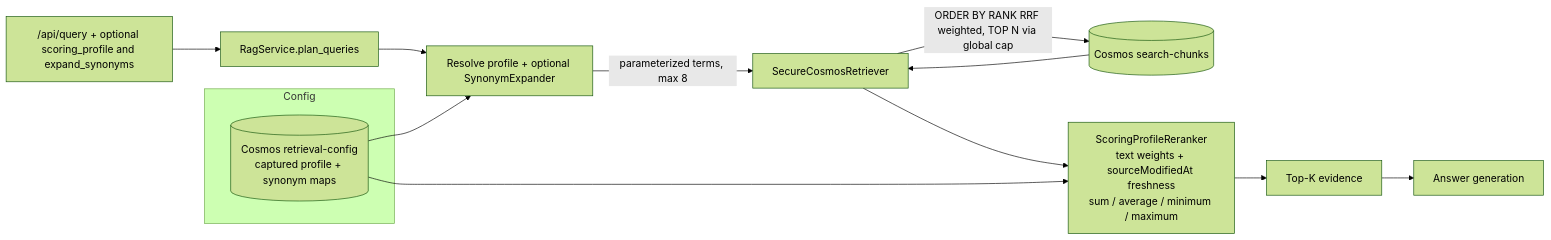
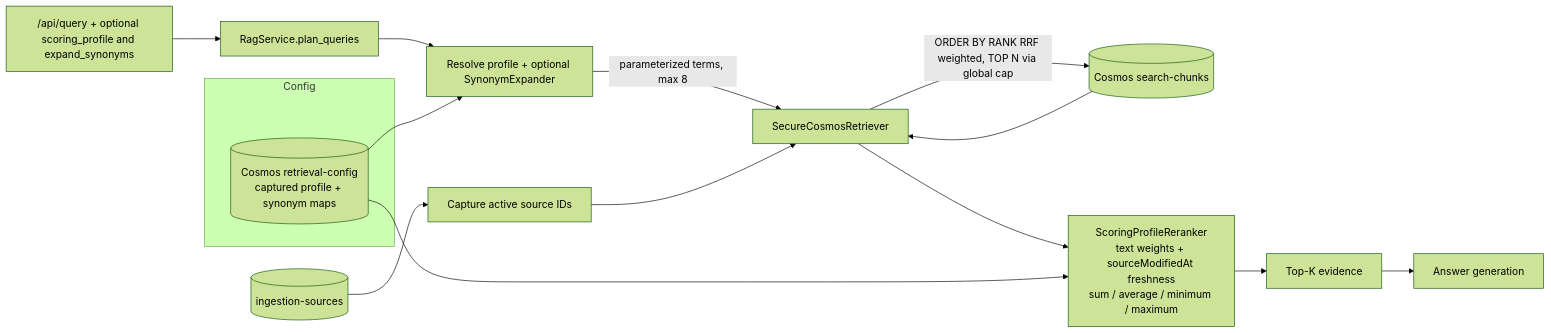
One commit to HariVamsiChittari1/enterprise-rag-pipeline changed diagram 12 of 14 in docs/ARCHITECTURE.md. Above: the diagram before and after it, drawn with Mermaid (forest theme). The commit also changed other lines of this file and 7 other files, not shown here.

````diff
--- a/docs/ARCHITECTURE.md
+++ b/docs/ARCHITECTURE.md
@@ -628,16 +755,18 @@
 ```mermaid
 flowchart LR
     Q["/api/query + optional scoring_profile and expand_synonyms"] --> RS[RagService.plan_queries]
+    SP[(ingestion-sources)] --> ELIG[Capture active source IDs]
     RS --> SYN[Resolve profile + optional SynonymExpander]
     SYN -->|parameterized terms, max 8| RET[SecureCosmosRetriever]
+    ELIG --> RET
     RET -->|"ORDER BY RANK RRF weighted, TOP N via global cap"| COS[(Cosmos search-chunks)]
     COS --> RET
     RET --> RR[ScoringProfileReranker<br/>text weights + sourceModifiedAt freshness<br/>sum / average / minimum / maximum]
     RR --> POST[Top-K evidence]
     POST --> GEN[Answer generation]
     subgraph Config
         CP[(Cosmos retrieval-config<br/>captured profile + synonym maps)]
     end
     CP --> SYN
     CP --> RR
 ```
````
